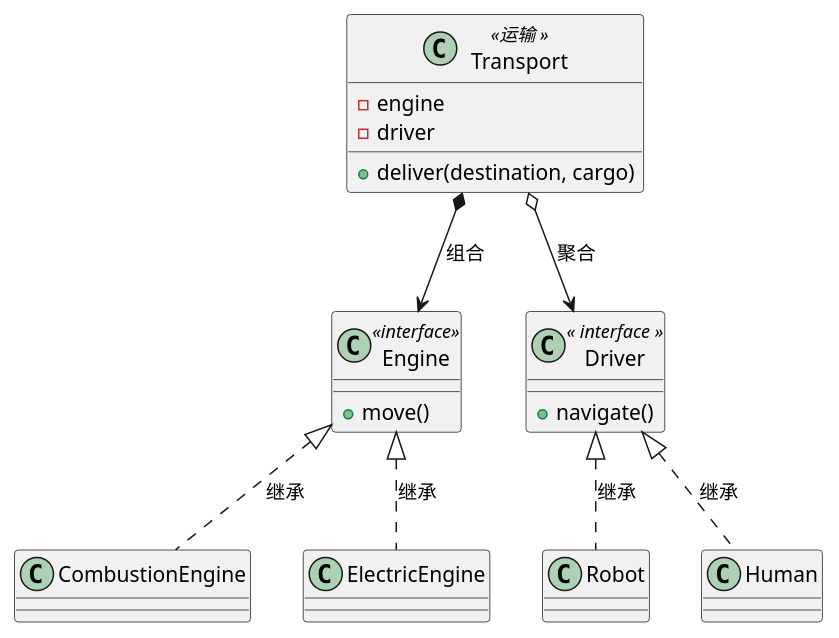
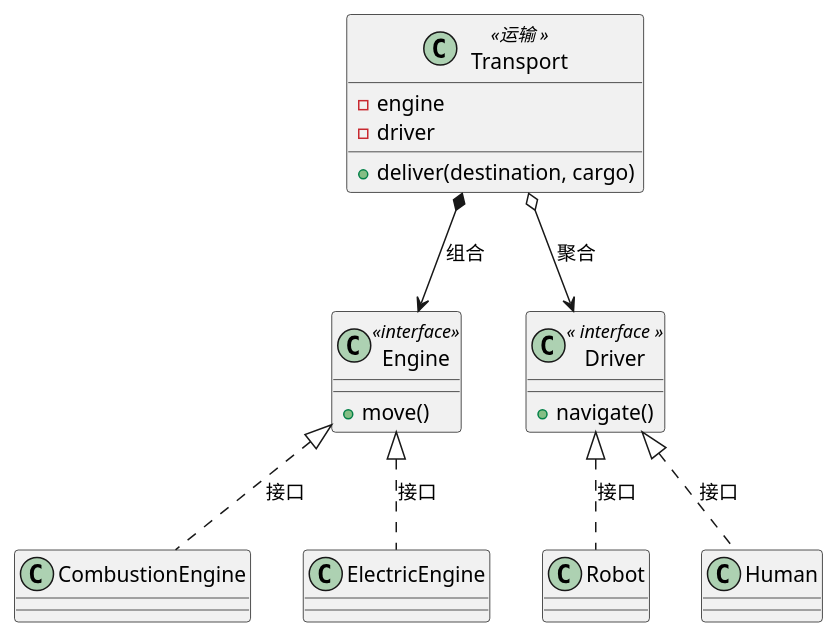
One commit to zhengtong0898/books changed the diagram in DiveIntoDesignPatterns/uml/050.plantuml. Above: the diagram before and after it, drawn with PlantUML.

Commit message:
空心三角形和虚线是接口

```diff
--- a/DiveIntoDesignPatterns/uml/050.plantuml
+++ b/DiveIntoDesignPatterns/uml/050.plantuml
@@ -1,37 +1,37 @@
 @startuml "组合优于继承"
 class Transport << 运输  >> {
 	- engine
 	- driver
 
 	+ deliver(destination, cargo)
 }
 
 
 class Engine << interface >> {
 	+ move()
 }
 
 
 class Driver <<  interface  >> {
 	+ navigate()
 }
 
 
 
 class CombustionEngine {}
 class ElectricEngine {}
 class Robot {}
 class Human {}
 
 
 Transport *--> Engine: "组合"
 Transport o--> Driver: "聚合"
 
-Engine <|.. CombustionEngine: 继承
-Engine <|.. ElectricEngine: 继承
+Engine <|.. CombustionEngine: "接口"
+Engine <|.. ElectricEngine: "接口"
 
-Driver <|.. Robot: "继承"
-Driver <|.. Human: "继承"
+Driver <|.. Robot: "接口"
+Driver <|.. Human: "接口"
 
 
 @enduml
```
